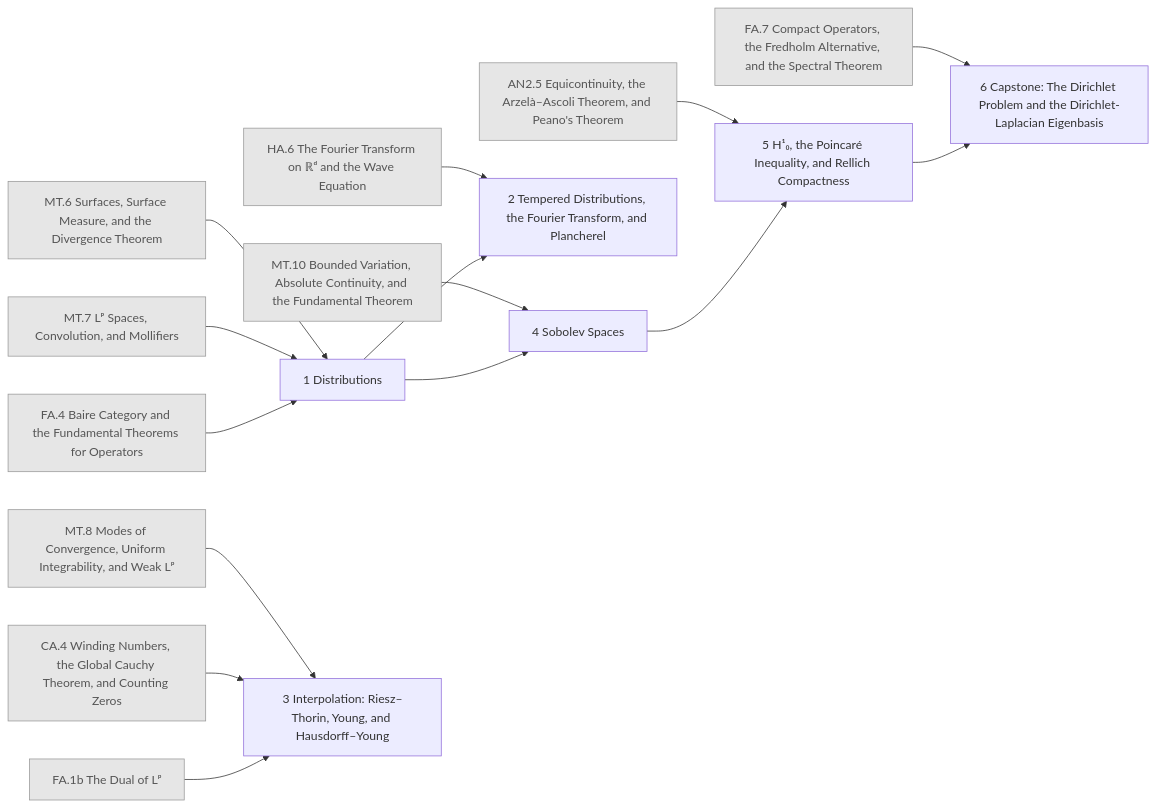
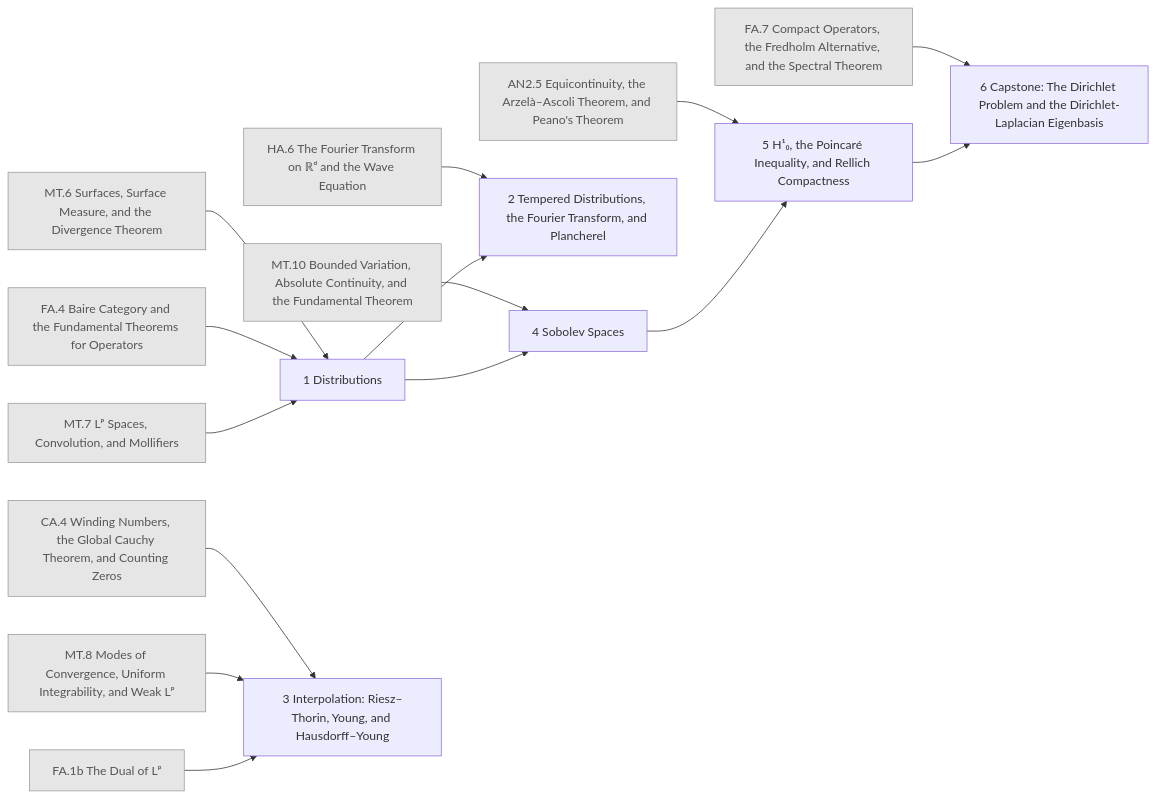
Before and after one commit to AkizumiFox/math-atlas: the diagram in generated/chapters/PDE.mmd, drawn with Mermaid. The commit also changed other lines of this file and 13 other files, not shown here.

```diff
--- a/generated/chapters/PDE.mmd
+++ b/generated/chapters/PDE.mmd
@@ -1,34 +1,34 @@
 flowchart LR
   AN2_5["AN2.5 Equicontinuity, the Arzelà–Ascoli Theorem, and Peano's Theorem"]:::ext
-  HA_6["HA.6 The Fourier Transform on ℝᵈ and the Wave Equation"]:::ext
+  CA_4["CA.4 Winding Numbers, the Global Cauchy Theorem, and Counting Zeros"]:::ext
   MT_6["MT.6 Surfaces, Surface Measure, and the Divergence Theorem"]:::ext
+  FA_4["FA.4 Baire Category and the Fundamental Theorems for Operators"]:::ext
   MT_7["MT.7 Lᵖ Spaces, Convolution, and Mollifiers"]:::ext
   MT_8["MT.8 Modes of Convergence, Uniform Integrability, and Weak Lᵖ"]:::ext
   MT_10["MT.10 Bounded Variation, Absolute Continuity, and the Fundamental Theorem"]:::ext
-  CA_4["CA.4 Winding Numbers, the Global Cauchy Theorem, and Counting Zeros"]:::ext
   FA_1b["FA.1b The Dual of Lᵖ"]:::ext
-  FA_4["FA.4 Baire Category and the Fundamental Theorems for Operators"]:::ext
   FA_7["FA.7 Compact Operators, the Fredholm Alternative, and the Spectral Theorem"]:::ext
+  HA_6["HA.6 The Fourier Transform on ℝᵈ and the Wave Equation"]:::ext
   PDE_1["1 Distributions"]
   PDE_2["2 Tempered Distributions, the Fourier Transform, and Plancherel"]
   PDE_3["3 Interpolation: Riesz–Thorin, Young, and Hausdorff–Young"]
   PDE_4["4 Sobolev Spaces"]
   PDE_5["5 H¹₀, the Poincaré Inequality, and Rellich Compactness"]
   PDE_6["6 Capstone: The Dirichlet Problem and the Dirichlet-Laplacian Eigenbasis"]
   MT_6 --> PDE_1
+  FA_4 --> PDE_1
   MT_7 --> PDE_1
-  FA_4 --> PDE_1
   HA_6 --> PDE_2
   PDE_1 --> PDE_2
+  CA_4 --> PDE_3
   MT_8 --> PDE_3
-  CA_4 --> PDE_3
   FA_1b --> PDE_3
   MT_10 --> PDE_4
   PDE_1 --> PDE_4
   AN2_5 --> PDE_5
   PDE_4 --> PDE_5
   FA_7 --> PDE_6
   PDE_5 --> PDE_6
   classDef ext fill:#e6e6e6,stroke:#999,color:#555
   classDef opt fill:#fff,stroke:#999,stroke-dasharray:4 3,color:#555
   classDef segb fill:#f6f6fb,stroke:#99a,color:#333
```
